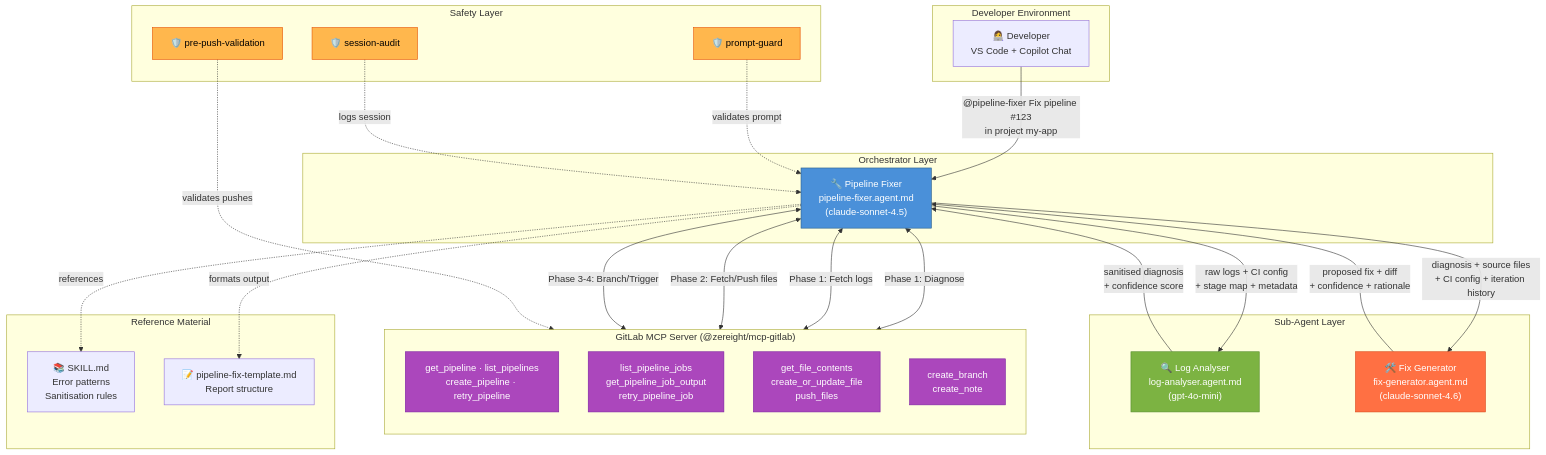
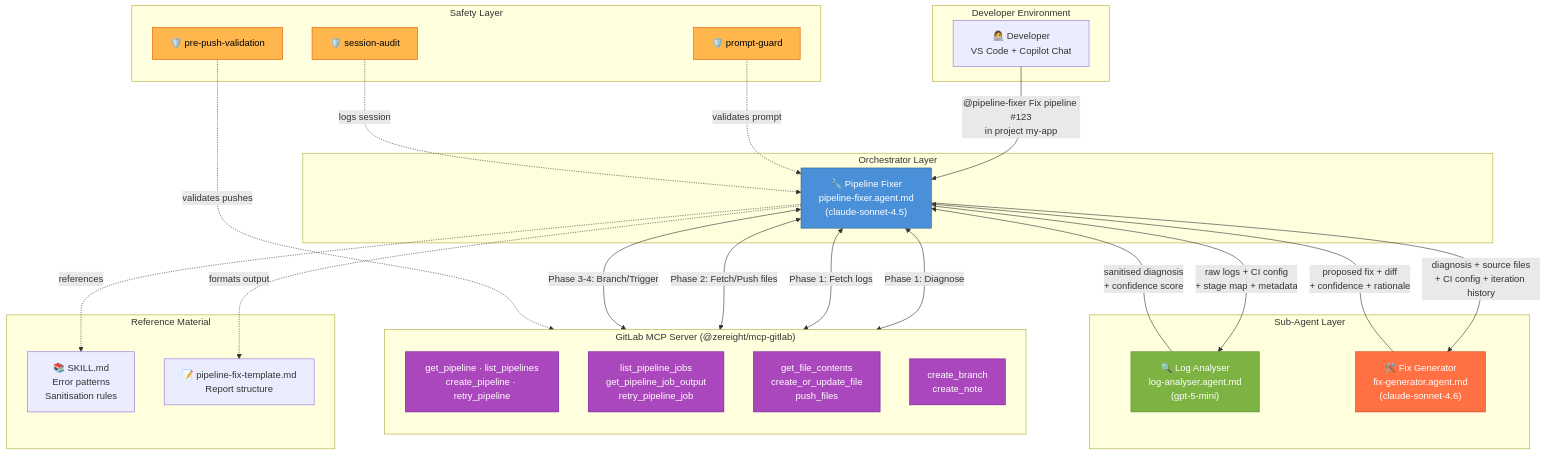
One commit to imvenkata/sdlc-toolkit changed the first of 7 diagrams in docs/pipeline-fixer.md. Above: the diagram before and after it, drawn with Mermaid. The commit also changed other lines of this file and 11 other files, not shown here.

````diff
--- a/docs/pipeline-fixer.md
+++ b/docs/pipeline-fixer.md
@@ -23,64 +23,64 @@
 ```mermaid
 graph TB
     subgraph "Developer Environment"
         DEV["👩‍💻 Developer<br/>VS Code + Copilot Chat"]
     end
 
     subgraph "Orchestrator Layer"
         PF["🔧 Pipeline Fixer<br/>pipeline-fixer.agent.md<br/>(claude-sonnet-4.5)"]
     end
 
     subgraph "Sub-Agent Layer"
-        LA["🔍 Log Analyser<br/>log-analyser.agent.md<br/>(gpt-4o-mini)"]
+        LA["🔍 Log Analyser<br/>log-analyser.agent.md<br/>(gpt-5-mini)"]
         FG["🛠️ Fix Generator<br/>fix-generator.agent.md<br/>(claude-sonnet-4.6)"]
     end
 
     subgraph "GitLab MCP Server (@zereight/mcp-gitlab)"
         direction TB
         MCP_P["get_pipeline · list_pipelines<br/>create_pipeline · retry_pipeline"]
         MCP_J["list_pipeline_jobs<br/>get_pipeline_job_output<br/>retry_pipeline_job"]
         MCP_F["get_file_contents<br/>create_or_update_file<br/>push_files"]
         MCP_B["create_branch<br/>create_note"]
     end
 
     subgraph "Safety Layer"
         H1["🛡️ pre-push-validation"]
         H2["🛡️ prompt-guard"]
         H3["🛡️ session-audit"]
     end
 
     subgraph "Reference Material"
         SK["📚 SKILL.md<br/>Error patterns<br/>Sanitisation rules"]
         TM["📝 pipeline-fix-template.md<br/>Report structure"]
     end
 
     DEV -->|"@pipeline-fixer Fix pipeline #123<br/>in project my-app"| PF
     H2 -.->|"validates prompt"| PF
     H3 -.->|"logs session"| PF
 
     PF -->|"raw logs + CI config<br/>+ stage map + metadata"| LA
     LA -->|"sanitised diagnosis<br/>+ confidence score"| PF
 
     PF -->|"diagnosis + source files<br/>+ CI config + iteration history"| FG
     FG -->|"proposed fix + diff<br/>+ confidence + rationale"| PF
 
     PF <-->|"Phase 1: Diagnose"| MCP_P
     PF <-->|"Phase 1: Fetch logs"| MCP_J
     PF <-->|"Phase 2: Fetch/Push files"| MCP_F
     PF <-->|"Phase 3-4: Branch/Trigger"| MCP_B
     H1 -.->|"validates pushes"| MCP_F
 
     PF -.->|"references"| SK
     PF -.->|"formats output"| TM
 
     style PF fill:#4A90D9,stroke:#2C5F8A,color:#fff
     style LA fill:#7CB342,stroke:#558B2F,color:#fff
     style FG fill:#FF7043,stroke:#D84315,color:#fff
     style MCP_P fill:#AB47BC,stroke:#7B1FA2,color:#fff
     style MCP_J fill:#AB47BC,stroke:#7B1FA2,color:#fff
     style MCP_F fill:#AB47BC,stroke:#7B1FA2,color:#fff
     style MCP_B fill:#AB47BC,stroke:#7B1FA2,color:#fff
     style H1 fill:#FFB74D,stroke:#E65100,color:#000
     style H2 fill:#FFB74D,stroke:#E65100,color:#000
     style H3 fill:#FFB74D,stroke:#E65100,color:#000
 ```
````
